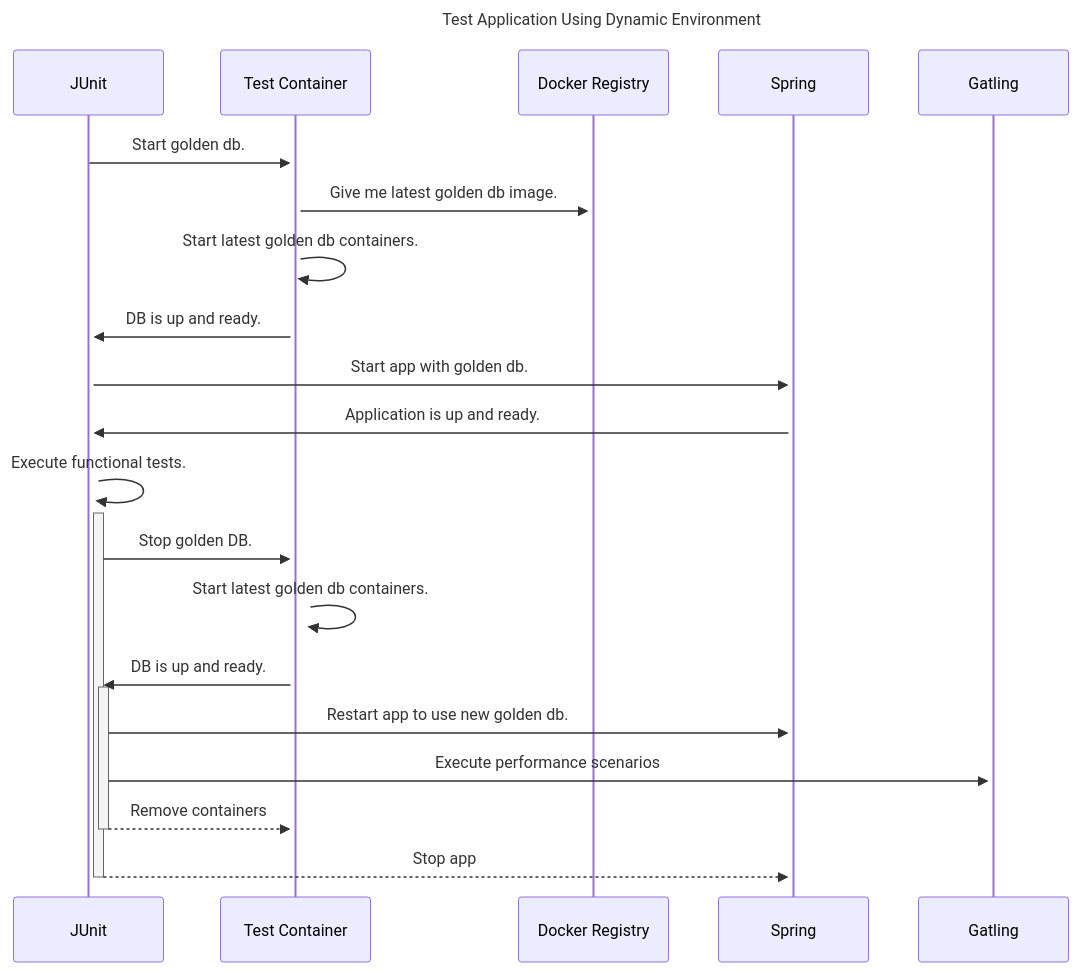
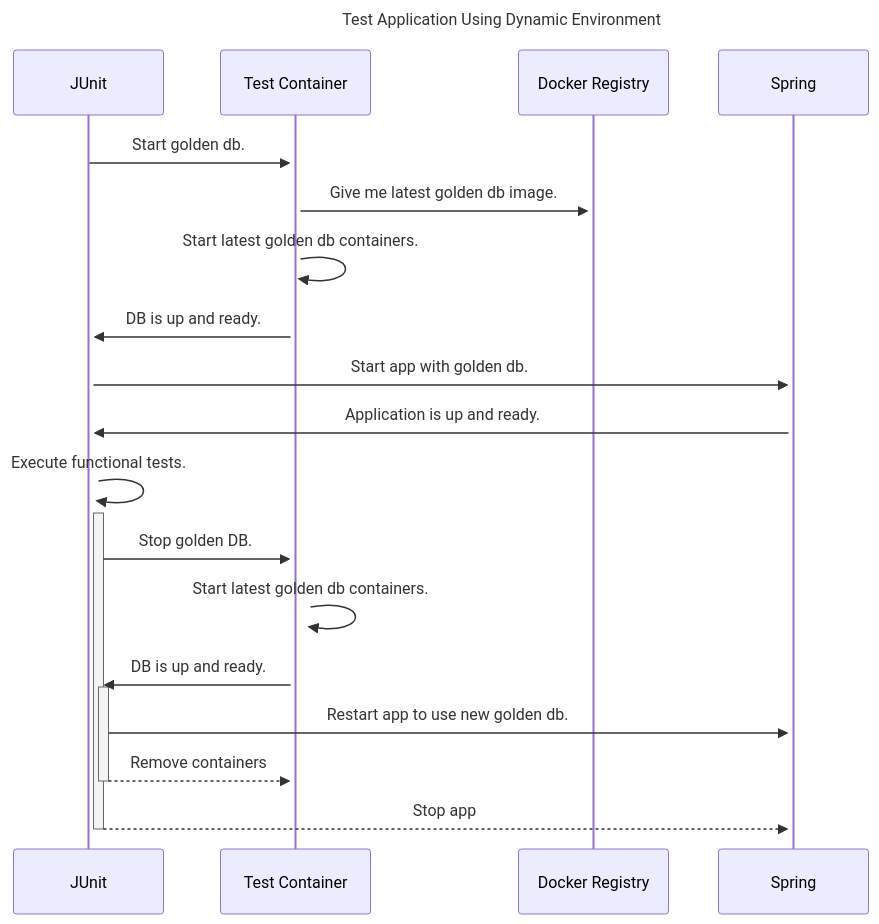
One commit to catools2/athena changed the diagram in README.md. Above: the diagram before and after it, drawn with Mermaid. The commit also changed other lines of this file and 652 other files, not shown here.

````diff
--- a/README.md
+++ b/README.md
@@ -40,18 +40,17 @@
 ```mermaid
 sequenceDiagram
     title Test Application Using Dynamic Environment
     JUnit ->>+ Test Container: Start golden db.
     Test Container ->>+ Docker Registry: Give me latest golden db image.
     Test Container ->>+ Test Container: Start latest golden db containers.
     Test Container ->>+ JUnit: DB is up and ready.
     JUnit ->>+ Spring: Start app with golden db.
     Spring ->>+ JUnit: Application is up and ready.
     JUnit ->>+ JUnit: Execute functional tests.
     JUnit ->>+ Test Container: Stop golden DB.
     Test Container ->>+ Test Container: Start latest golden db containers.
     Test Container ->>+ JUnit: DB is up and ready.
     JUnit ->>+ Spring: Restart app to use new golden db.
-    JUnit ->>+ Gatling: Execute performance scenarios
     JUnit -->>- Test Container: Remove containers
     JUnit -->>- Spring: Stop app
 ```
````
